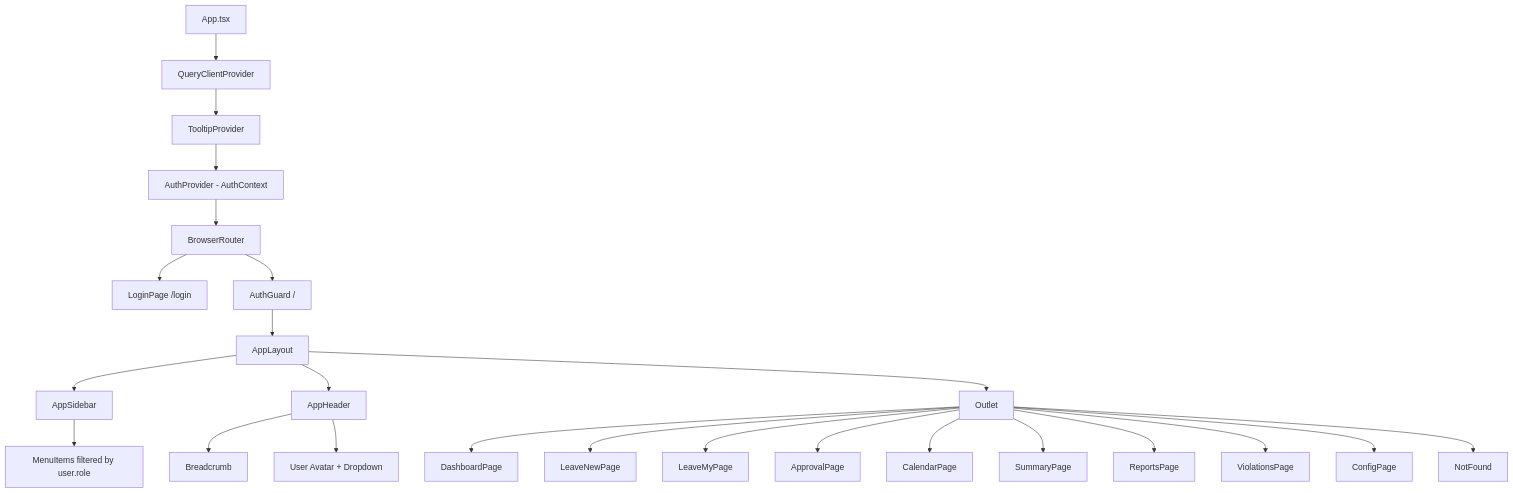
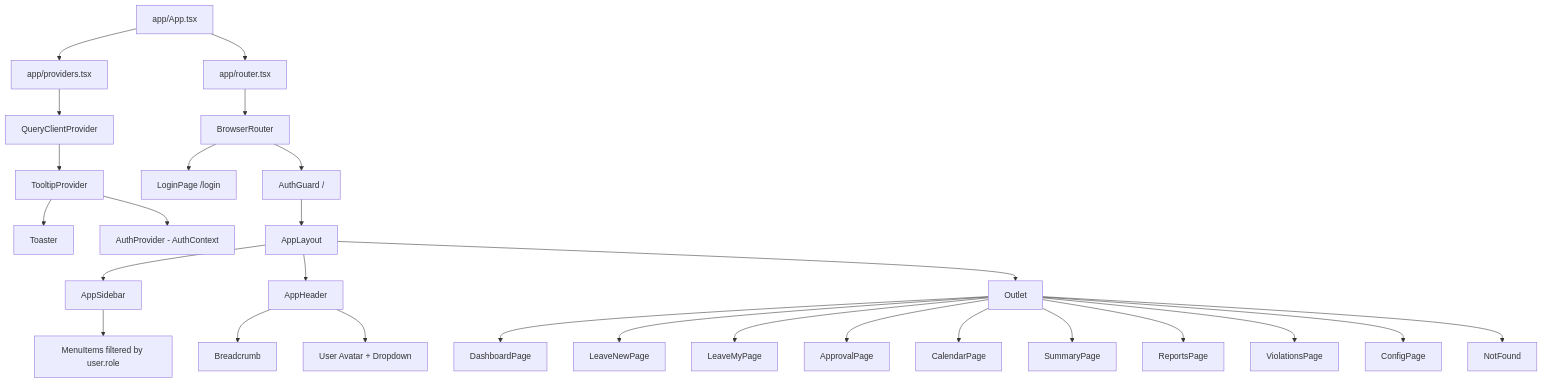
One commit to Ali-AnNT/qlnp-ttcds changed the first of 7 diagrams in docs/system-architecture.md. Above: the diagram before and after it, drawn with Mermaid. The commit also changed other lines of this file and 4 other files, not shown here.

Commit message:
docs: update architecture docs and add Phase 1 journal for VSA migration

````diff
--- a/docs/system-architecture.md
+++ b/docs/system-architecture.md
@@ -97,28 +107,31 @@
 ```mermaid
 graph TD
-    App[App.tsx]
-    App --> QCP[QueryClientProvider]
+    App[app/App.tsx]
+    App --> Providers[app/providers.tsx]
+    Providers --> QCP[QueryClientProvider]
     QCP --> TP[TooltipProvider]
+    TP --> Toaster
     TP --> AP[AuthProvider - AuthContext]
-    AP --> BR[BrowserRouter]
+    App --> Router[app/router.tsx]
+    Router --> BR[BrowserRouter]
     BR --> LP[LoginPage /login]
     BR --> AG[AuthGuard /]
     AG --> AL[AppLayout]
     AL --> AS[AppSidebar]
     AL --> AH[AppHeader]
     AL --> OUT[Outlet]
     OUT --> DP[DashboardPage]
     OUT --> LNP[LeaveNewPage]
     OUT --> LMP[LeaveMyPage]
     OUT --> APV[ApprovalPage]
     OUT --> CP[CalendarPage]
     OUT --> SP[SummaryPage]
     OUT --> RP[ReportsPage]
     OUT --> VP[ViolationsPage]
     OUT --> CFP[ConfigPage]
     OUT --> NF[NotFound]
 
     AS --> MenuItems[MenuItems filtered by user.role]
     AH --> BC[Breadcrumb]
     AH --> UserMenu[User Avatar + Dropdown]
 ```
````
